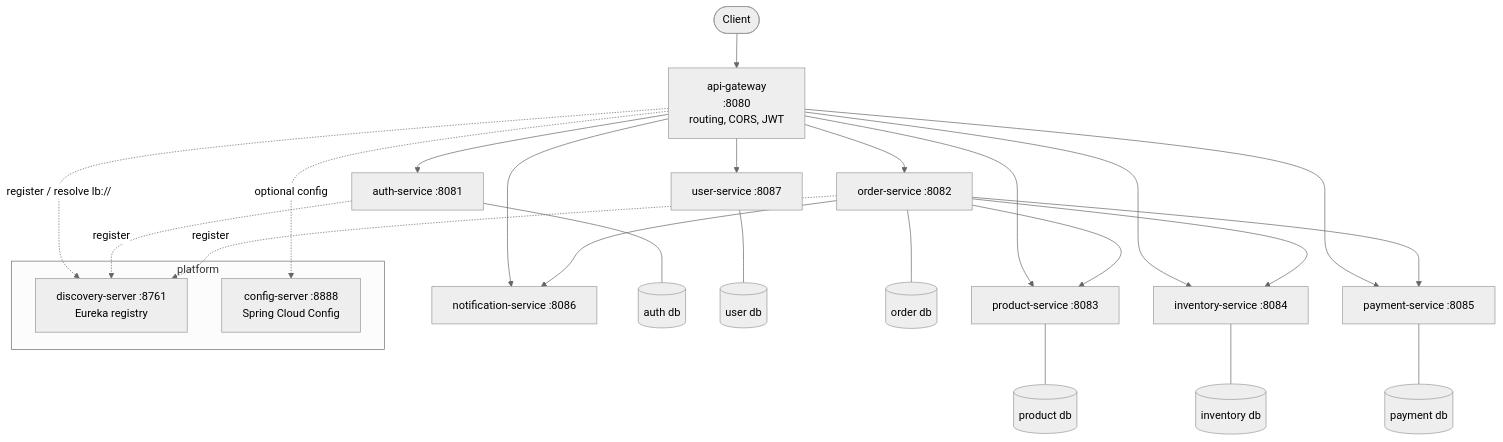
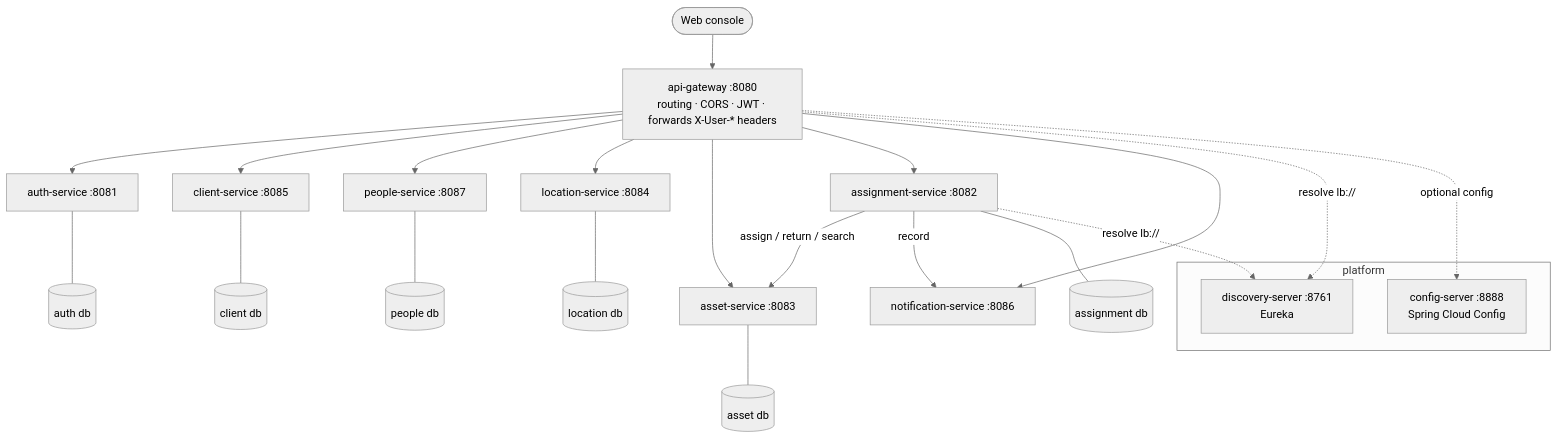
One commit to AlexisRodriguezCS/asset-tracker changed the second of 4 diagrams in docs/architecture.md. Above: the diagram before and after it, drawn with Mermaid (neutral theme). The commit also changed other lines of this file and 19 other files, not shown here.

Commit message:
docs: rewrite for asset-tracker — README, architecture + 6 ADRs, RUNBOOK, demo scripts, platform.http

````diff
--- a/docs/architecture.md
+++ b/docs/architecture.md
@@ -36,36 +40,33 @@
 ```mermaid
 flowchart TB
-    client([Client])
+    client([Web console])
 
-    client --> gw[api-gateway<br/>:8080<br/>routing, CORS, JWT]
+    client --> gw[api-gateway :8080<br/>routing · CORS · JWT · forwards X-User-* headers]
 
     gw --> auth[auth-service :8081]
-    gw --> user[user-service :8087]
-    gw --> prod[product-service :8083]
-    gw --> inv[inventory-service :8084]
-    gw --> ord[order-service :8082]
-    gw --> pay[payment-service :8085]
+    gw --> cl[client-service :8085]
+    gw --> ppl[people-service :8087]
+    gw --> loc[location-service :8084]
+    gw --> ast[asset-service :8083]
+    gw --> asg[assignment-service :8082]
     gw --> ntf[notification-service :8086]
 
-    ord --> prod
-    ord --> inv
-    ord --> pay
-    ord --> ntf
+    asg -->|assign / return / search| ast
+    asg -->|record| ntf
 
     auth --- authdb[(auth db)]
-    user --- userdb[(user db)]
-    prod --- proddb[(product db)]
-    inv --- invdb[(inventory db)]
-    ord --- orddb[(order db)]
-    pay --- paydb[(payment db)]
+    cl --- cldb[(client db)]
+    ppl --- ppldb[(people db)]
+    loc --- locdb[(location db)]
+    ast --- astdb[(asset db)]
+    asg --- asgdb[(assignment db)]
 
     subgraph platform_services ["platform"]
-        disc[discovery-server :8761<br/>Eureka registry]
+        disc[discovery-server :8761<br/>Eureka]
         cfg[config-server :8888<br/>Spring Cloud Config]
     end
 
-    gw -. register / resolve lb:// .-> disc
-    auth -. register .-> disc
-    ord -. register .-> disc
+    gw -. resolve lb:// .-> disc
+    asg -. resolve lb:// .-> disc
     gw -. optional config .-> cfg
 ```
````
